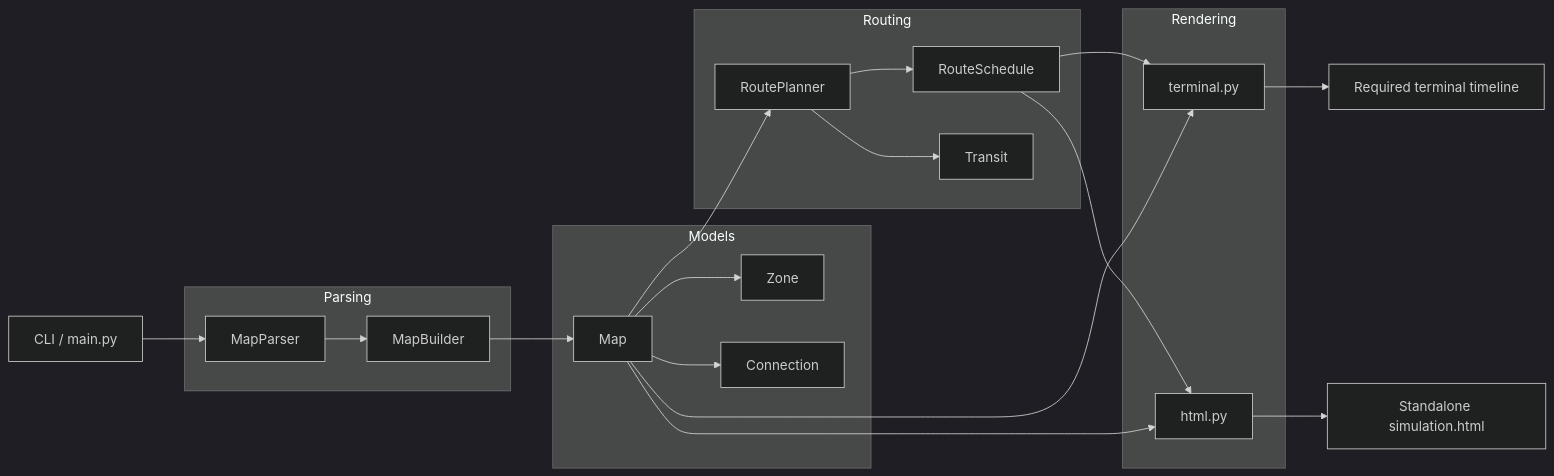
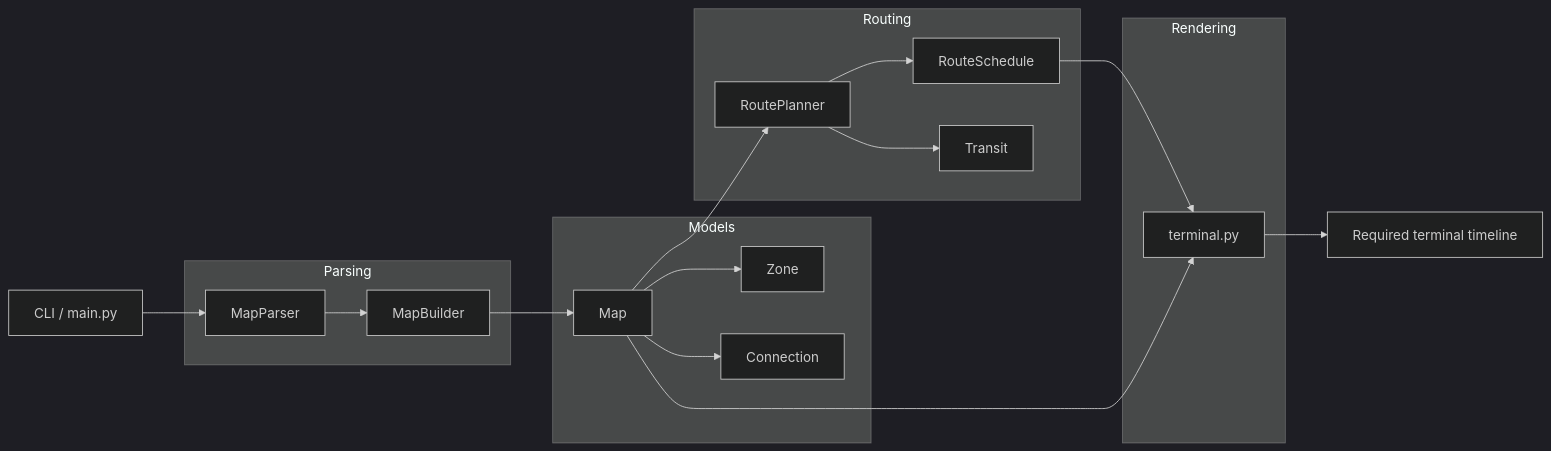
Before and after one commit to tsito2602/42cursus-fly_in: the second of 2 diagrams in README.md, drawn with Mermaid (dark theme). The commit also changed other lines of this file and 2 other files, not shown here.

```diff
--- a/README.md
+++ b/README.md
@@ -339,41 +292,37 @@
 ~~~mermaid
 flowchart LR
     CLI[CLI / main.py]
 
     subgraph Parsing
         Parser[MapParser]
         Builder[MapBuilder]
     end
 
     subgraph Models
         MapModel[Map]
         Zone[Zone]
         Connection[Connection]
     end
 
     subgraph Routing
         Planner[RoutePlanner]
         Schedule[RouteSchedule]
         Transit[Transit]
     end
 
     subgraph Rendering
         Terminal[terminal.py]
-        HTML[html.py]
     end
 
     CLI --> Parser
     Parser --> Builder
     Builder --> MapModel
     MapModel --> Zone
     MapModel --> Connection
     MapModel --> Planner
     Planner --> Schedule
     Planner --> Transit
     Schedule --> Terminal
-    Schedule --> HTML
     MapModel --> Terminal
-    MapModel --> HTML
     Terminal --> Output[Required terminal timeline]
-    HTML --> File[Standalone simulation.html]
 ~~~
```
